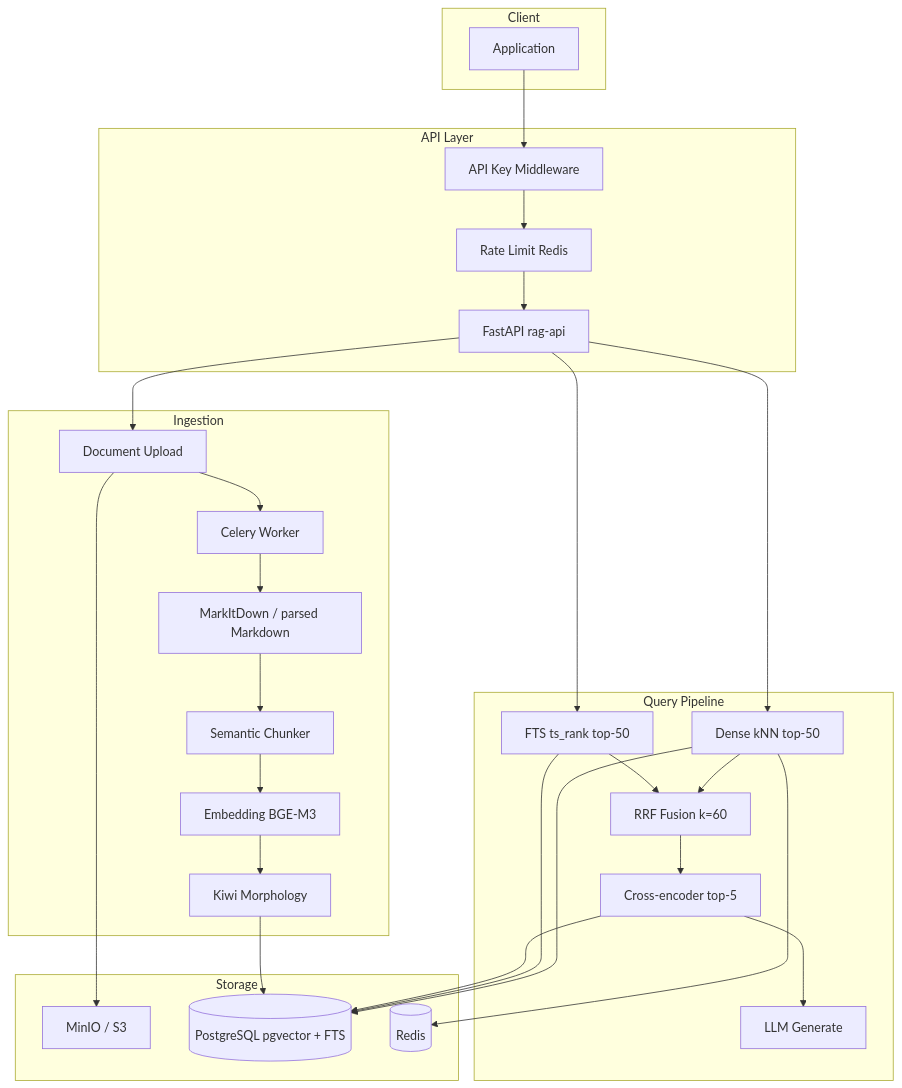
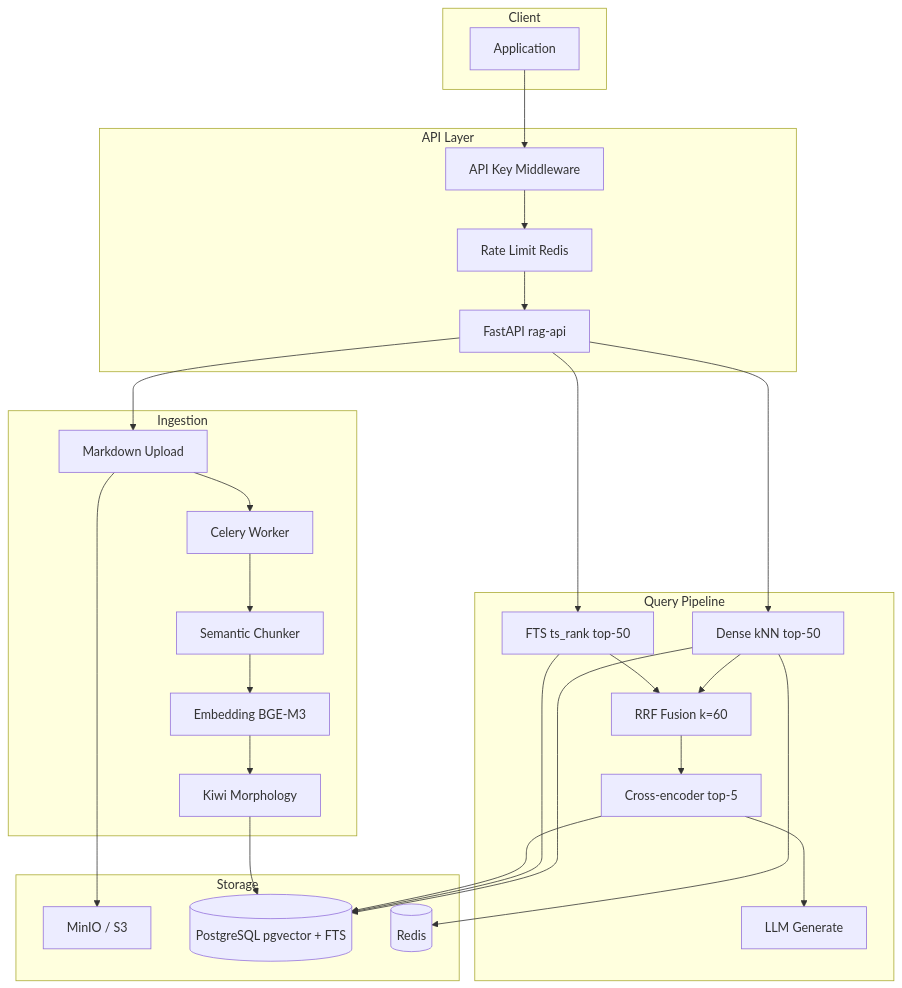
Before and after one commit to santarosalia/rag: the first of 2 diagrams in doc/ARCHITECTURE.md, drawn with Mermaid. The commit also changed other lines of this file and 27 other files, not shown here.

First line of the commit message:
feat: 원본 파싱을 Parser Service로 위임하고 MarkItDown/Docling을 제거한다

````diff
--- a/doc/ARCHITECTURE.md
+++ b/doc/ARCHITECTURE.md
@@ -7,52 +7,51 @@
 ```mermaid
 flowchart TB
   subgraph client [Client]
     App[Application]
   end
 
   subgraph api_layer [API Layer]
     FastAPI[FastAPI rag-api]
     Auth[API Key Middleware]
     RateLimit[Rate Limit Redis]
   end
 
   subgraph ingest [Ingestion]
-    Upload[Document Upload]
-    MD[MarkItDown / parsed Markdown]
+    Upload[Markdown Upload]
     Chunker[Semantic Chunker]
     EmbedWorker[Embedding BGE-M3]
     MorphWorker[Kiwi Morphology]
     CeleryWorker[Celery Worker]
   end
 
   subgraph storage [Storage]
     S3[MinIO / S3]
     PG[(PostgreSQL pgvector + FTS)]
     Redis[(Redis)]
   end
 
   subgraph query [Query Pipeline]
     Dense[Dense kNN top-50]
     Sparse[FTS ts_rank top-50]
     RRF[RRF Fusion k=60]
     Rerank[Cross-encoder top-5]
     LLM[LLM Generate]
   end
 
   App --> Auth --> RateLimit --> FastAPI
   FastAPI --> Upload
   Upload --> S3
   Upload --> CeleryWorker
-  CeleryWorker --> MD --> Chunker --> EmbedWorker
+  CeleryWorker --> Chunker --> EmbedWorker
   EmbedWorker --> MorphWorker --> PG
 
   FastAPI --> Dense
   FastAPI --> Sparse
   Dense --> PG
   Sparse --> PG
   Dense --> RRF
   Sparse --> RRF
   RRF --> Rerank --> LLM
   Rerank --> PG
   Dense --> Redis
 ```
````
